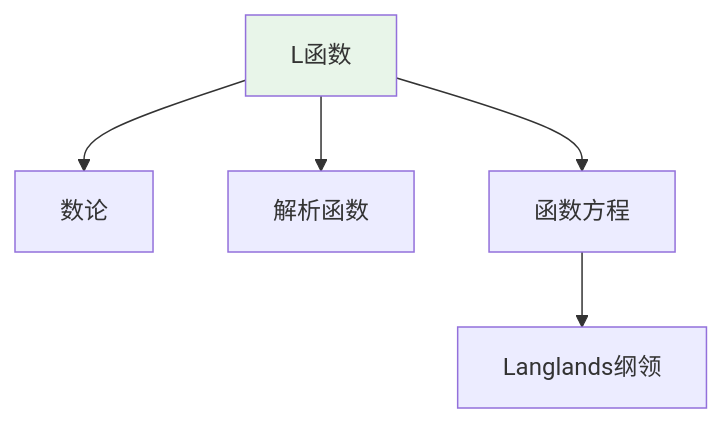
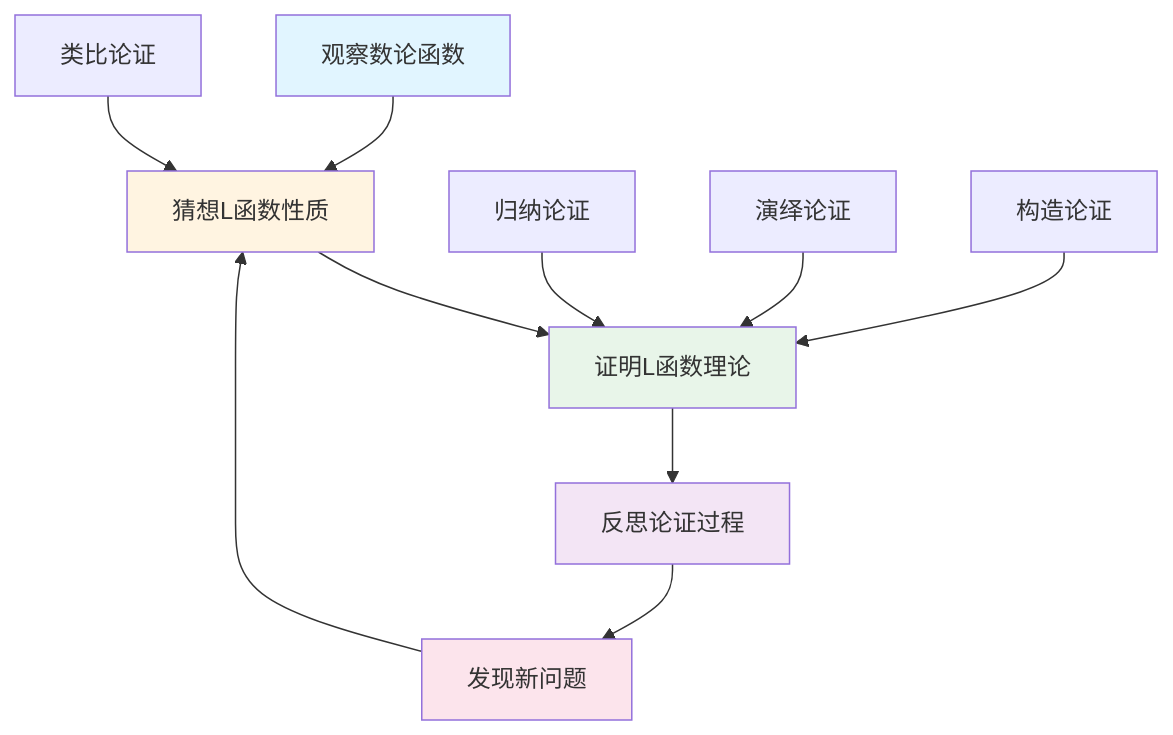
The fifth of 11 diagrams in concept/核心概念/28-L函数.md (AdaMartin18010/FormalMath), drawn with Mermaid before and after one commit. The commit also changed other lines of this file and 4793 other files, not shown here.

````diff
--- a/concept/核心概念/28-L函数.md
+++ b/concept/核心概念/28-L函数.md
@@ -710,9 +1434,19 @@
 ```mermaid
 graph TD
-    A[L函数] --> B[数论]
-    A --> C[解析函数]
-    A --> D[函数方程]
-    D --> E[Langlands纲领]
+    A[观察数论函数] --> B[猜想L函数性质]
+    B --> C[证明L函数理论]
+    C --> D[反思论证过程]
+    D --> E[发现新问题]
+    E --> B
 
-    style A fill:#e8f5e9
+    F[归纳论证] --> C
+    G[演绎论证] --> C
+    H[类比论证] --> B
+    I[构造论证] --> C
+
+    style A fill:#e1f5ff
+    style B fill:#fff4e1
+    style C fill:#e8f5e9
+    style D fill:#f3e5f5
+    style E fill:#fce4ec
 ```
````
